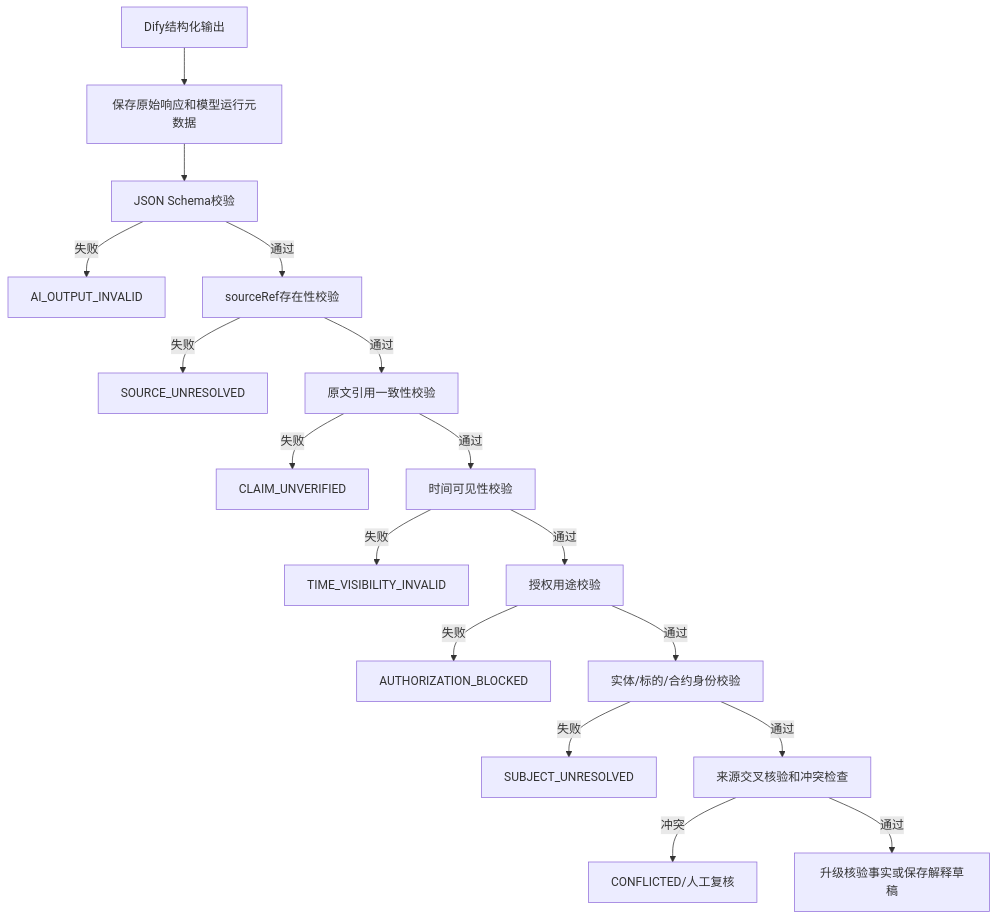
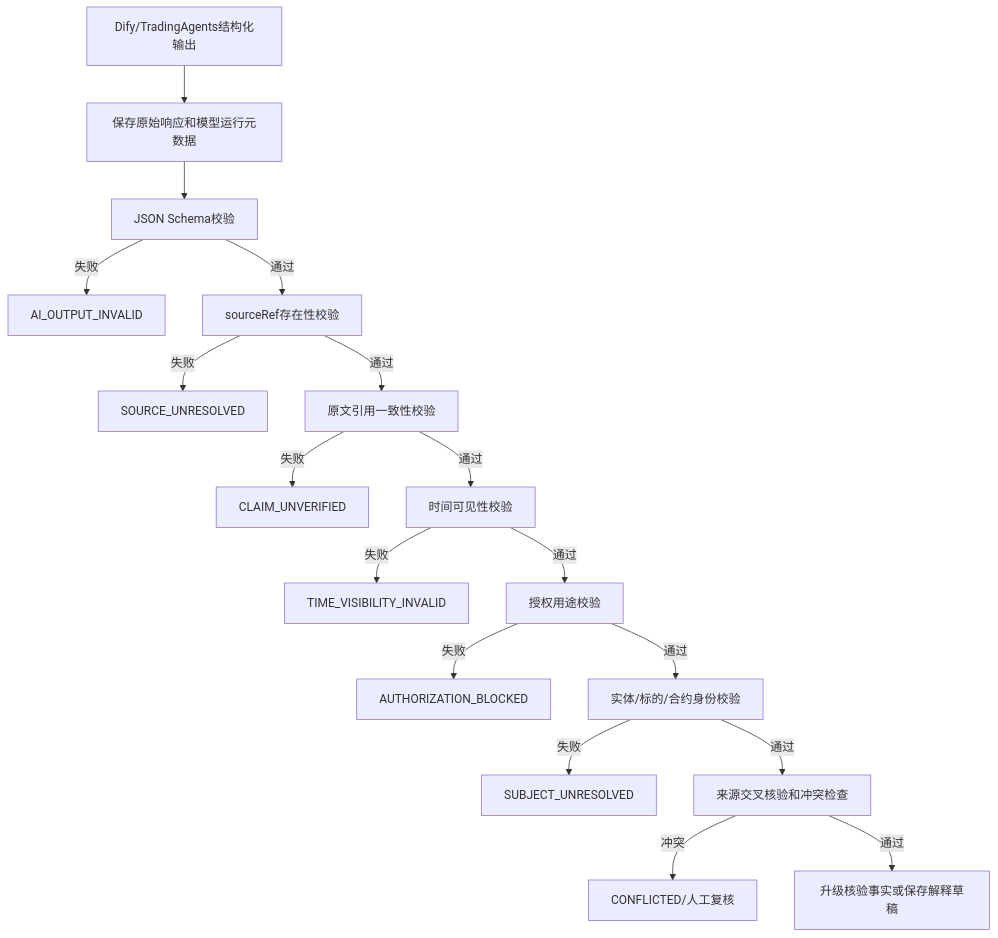
One commit to shaoqf2350/quant changed the sixth of 13 diagrams in doc/详设文档/详设_0_整体流程文档.md. Above: the diagram before and after it, drawn with Mermaid. The commit also changed other lines of this file and 100 other files, not shown here.

````diff
--- a/doc/详设文档/详设_0_整体流程文档.md
+++ b/doc/详设文档/详设_0_整体流程文档.md
@@ -486,19 +502,19 @@
 ```mermaid
 flowchart TD
- A[Dify结构化输出]-->B[保存原始响应和模型运行元数据]
+ A[Dify/TradingAgents结构化输出]-->B[保存原始响应和模型运行元数据]
  B-->C[JSON Schema校验]
  C-->|失败|X[AI_OUTPUT_INVALID]
  C-->|通过|D[sourceRef存在性校验]
  D-->|失败|Y[SOURCE_UNRESOLVED]
  D-->|通过|E[原文引用一致性校验]
  E-->|失败|Z[CLAIM_UNVERIFIED]
  E-->|通过|F[时间可见性校验]
  F-->|失败|T[TIME_VISIBILITY_INVALID]
  F-->|通过|G[授权用途校验]
  G-->|失败|U[AUTHORIZATION_BLOCKED]
  G-->|通过|H[实体/标的/合约身份校验]
  H-->|失败|V[SUBJECT_UNRESOLVED]
  H-->|通过|I[来源交叉核验和冲突检查]
  I-->|冲突|W[CONFLICTED/人工复核]
  I-->|通过|J[升级核验事实或保存解释草稿]
 ```
````
